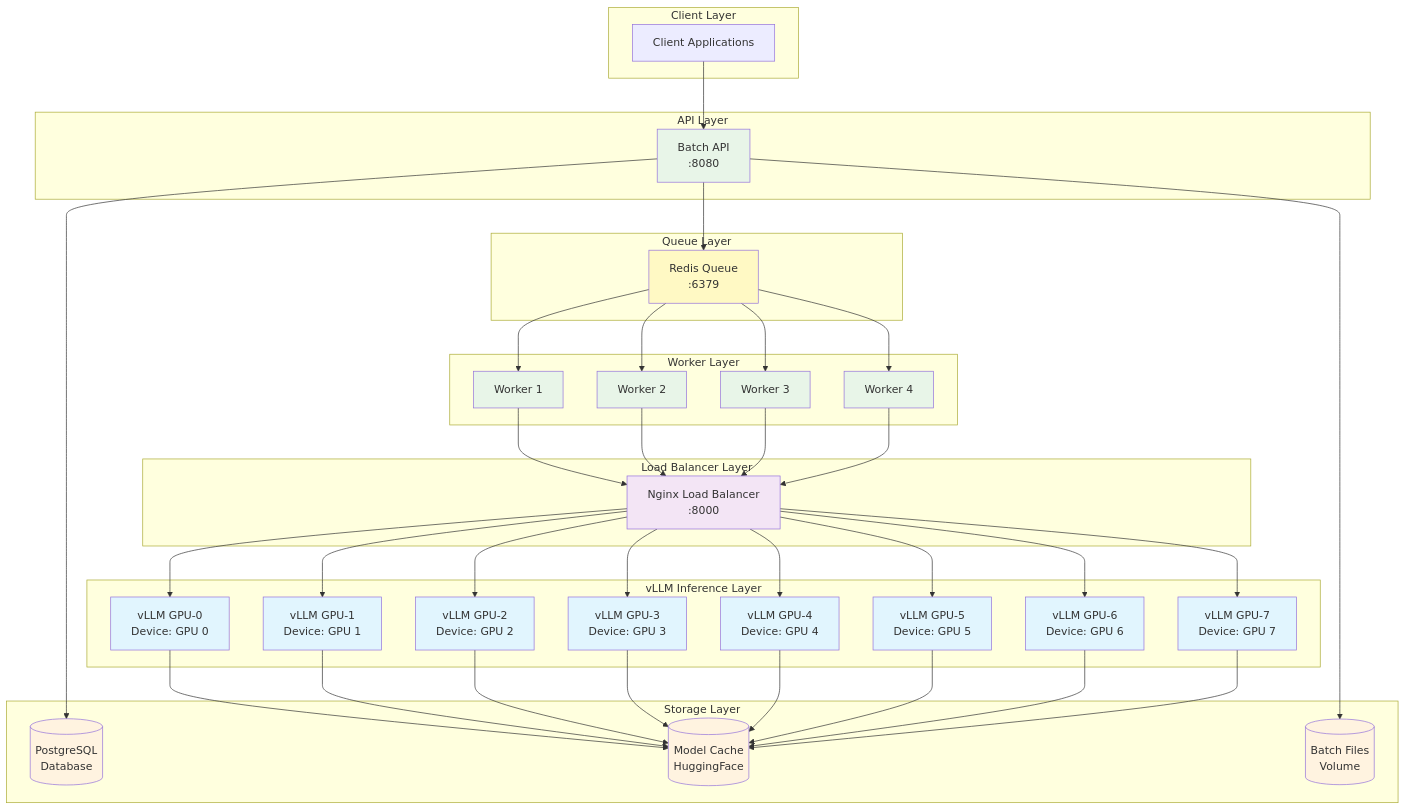
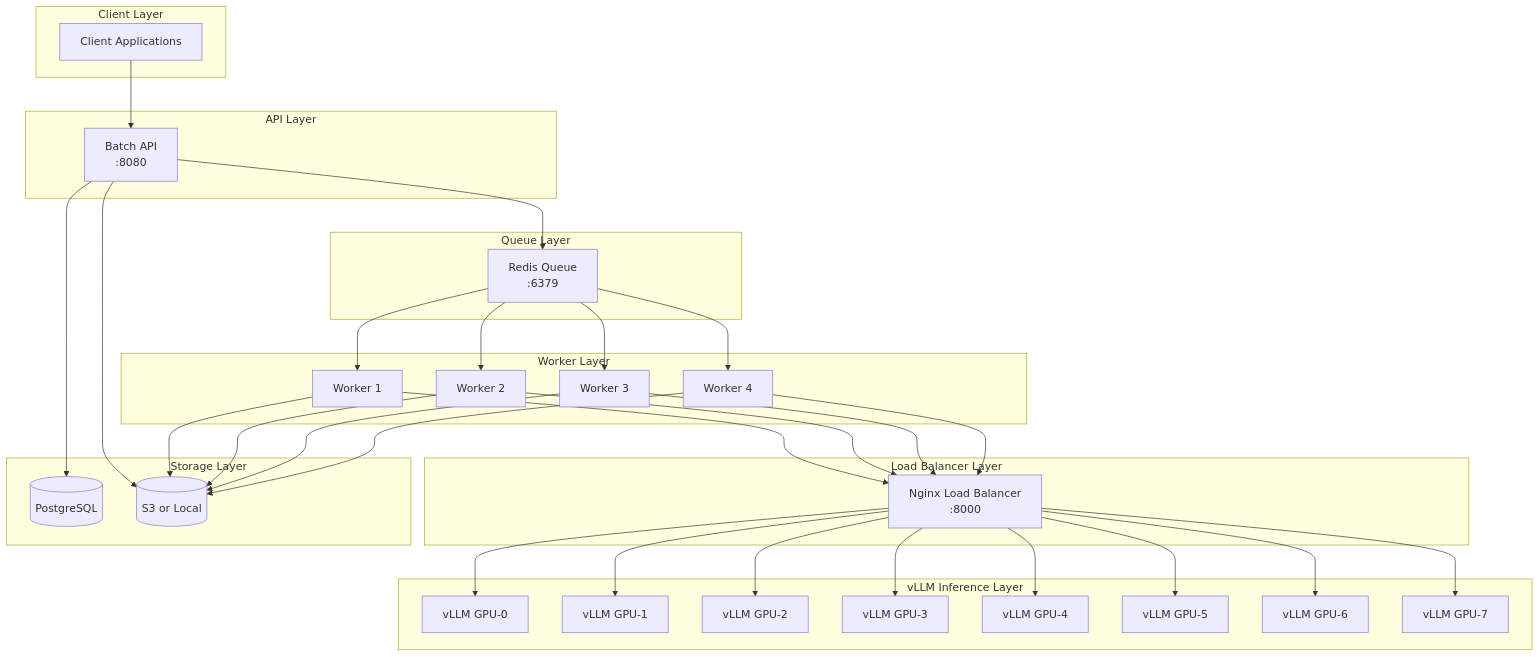
The diagram in README.md (FelipeRodriguesGare/BESH), drawn with Mermaid before and after one commit. The commit also changed other lines of this file and 38 other files, not shown here.

````diff
--- a/README.md
+++ b/README.md
@@ -90,26 +316,25 @@
     end
     
     subgraph "vLLM Inference Layer"
-        GPU0[vLLM GPU-0<br/>Device: GPU 0]
-        GPU1[vLLM GPU-1<br/>Device: GPU 1]
-        GPU2[vLLM GPU-2<br/>Device: GPU 2]
-        GPU3[vLLM GPU-3<br/>Device: GPU 3]
-        GPU4[vLLM GPU-4<br/>Device: GPU 4]
-        GPU5[vLLM GPU-5<br/>Device: GPU 5]
-        GPU6[vLLM GPU-6<br/>Device: GPU 6]
-        GPU7[vLLM GPU-7<br/>Device: GPU 7]
+        GPU0[vLLM GPU-0]
+        GPU1[vLLM GPU-1]
+        GPU2[vLLM GPU-2]
+        GPU3[vLLM GPU-3]
+        GPU4[vLLM GPU-4]
+        GPU5[vLLM GPU-5]
+        GPU6[vLLM GPU-6]
+        GPU7[vLLM GPU-7]
     end
     
     subgraph "Storage Layer"
-        DB[(PostgreSQL<br/>Database)]
-        Models[(Model Cache<br/>HuggingFace)]
-        Files[(Batch Files<br/>Volume)]
+        DB[(PostgreSQL)]
+        Storage[(S3 or Local)]
     end
     
     Client --> BatchAPI
     BatchAPI --> Queue
     BatchAPI --> DB
-    BatchAPI --> Files
+    BatchAPI --> Storage
     
     Queue --> Worker1
     Queue --> Worker2
@@ -121,6 +346,11 @@
     Worker3 --> LB
     Worker4 --> LB
     
+    Worker1 --> Storage
+    Worker2 --> Storage
+    Worker3 --> Storage
+    Worker4 --> Storage
+    
     LB --> GPU0
     LB --> GPU1
     LB --> GPU2
@@ -129,27 +359,4 @@
     LB --> GPU5
     LB --> GPU6
     LB --> GPU7
-    
-    GPU0 --> Models
-    GPU1 --> Models
-    GPU2 --> Models
-    GPU3 --> Models
-    GPU4 --> Models
-    GPU5 --> Models
-    GPU6 --> Models
-    GPU7 --> Models
-    
-    classDef gpu fill:#e1f5fe
-    classDef lb fill:#f3e5f5
-    classDef api fill:#e8f5e8
-    classDef storage fill:#fff3e0
-    classDef worker fill:#e8f5e8
-    classDef queue fill:#fff9c4
-    
-    class GPU0,GPU1,GPU2,GPU3,GPU4,GPU5,GPU6,GPU7 gpu
-    class LB lb
-    class BatchAPI api
-    class DB,Models,Files storage
-    class Worker1,Worker2,Worker3,Worker4 worker
-    class Queue queue
 ```
````
